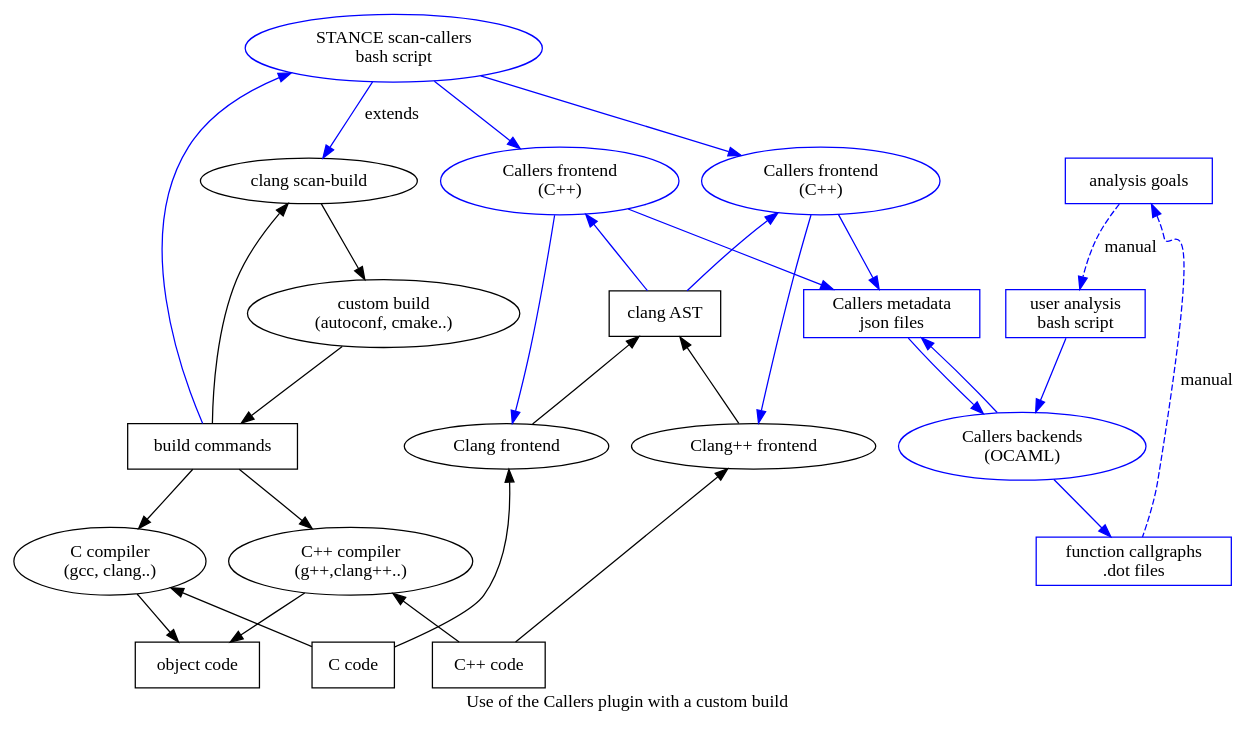
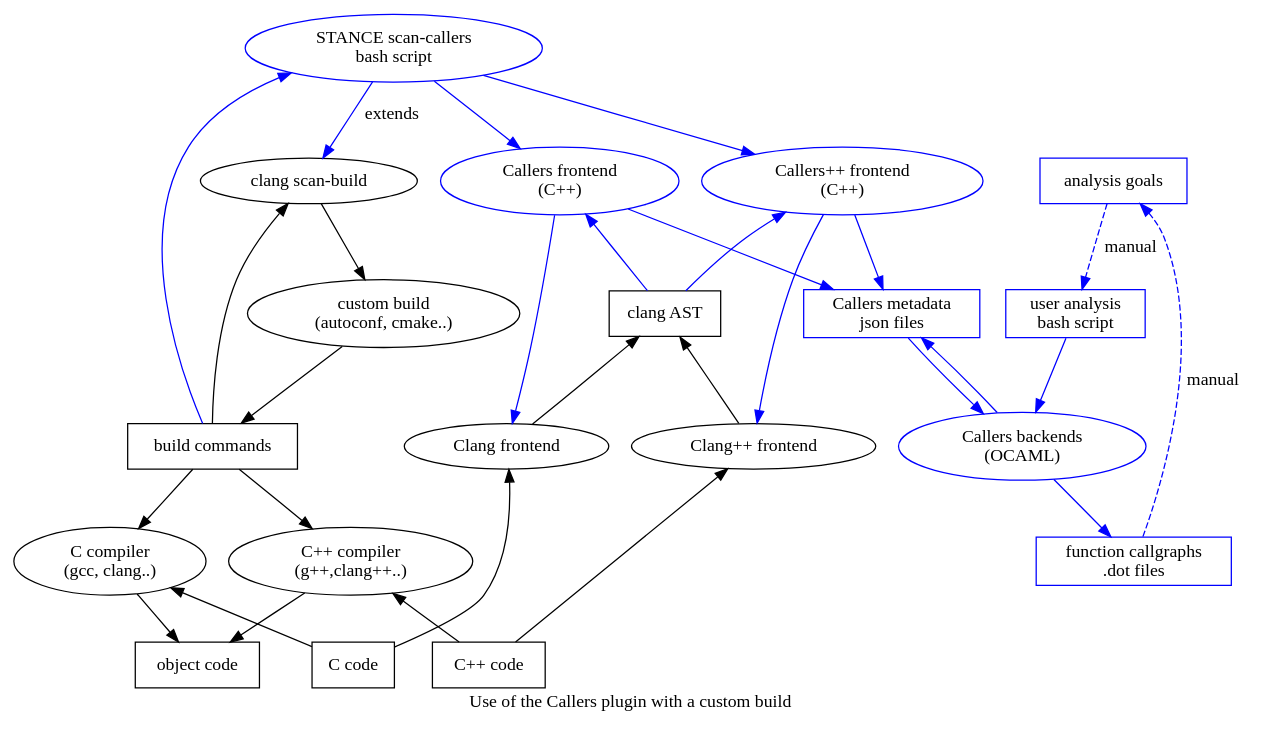
One commit to hbalp/callers changed the third of 17 diagrams in doc/callers.org. Above: the diagram before and after it, drawn with Graphviz. The commit also changed other lines of this file and 2 other files, not shown here.

```diff
--- a/doc/callers.org
+++ b/doc/callers.org
@@ -428,7 +428,7 @@
 "callers frontend" -> "metadata json files" [ color=blue ]
 
 // callers C++ code analysis
-"callers++ frontend" [ color=blue, label="Callers frontend\n(C++)" ]
+"callers++ frontend" [ color=blue, label="Callers++ frontend\n(C++)" ]
 "callers++ frontend" -> "clang++ frontend" [ color=blue ]
 "callers++ frontend" -> "clang AST" [ dir=back, color=blue ]
 "callers++ frontend" -> "metadata json files" [ color=blue ]
```
